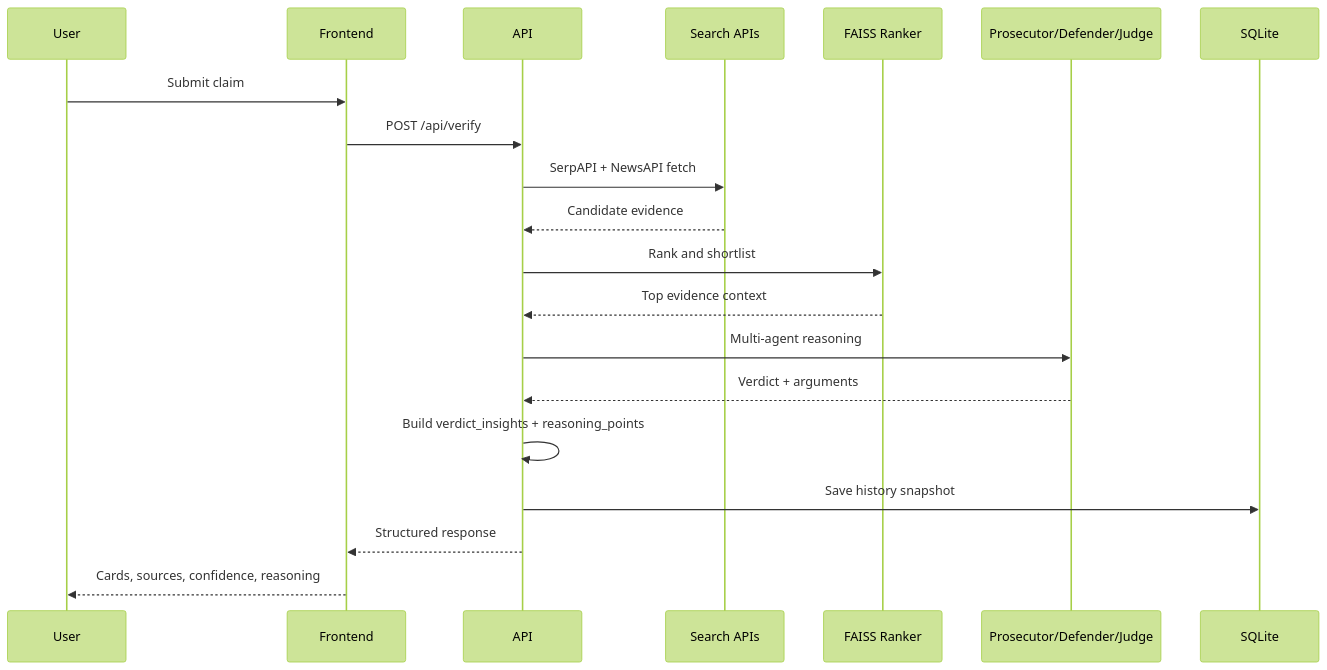
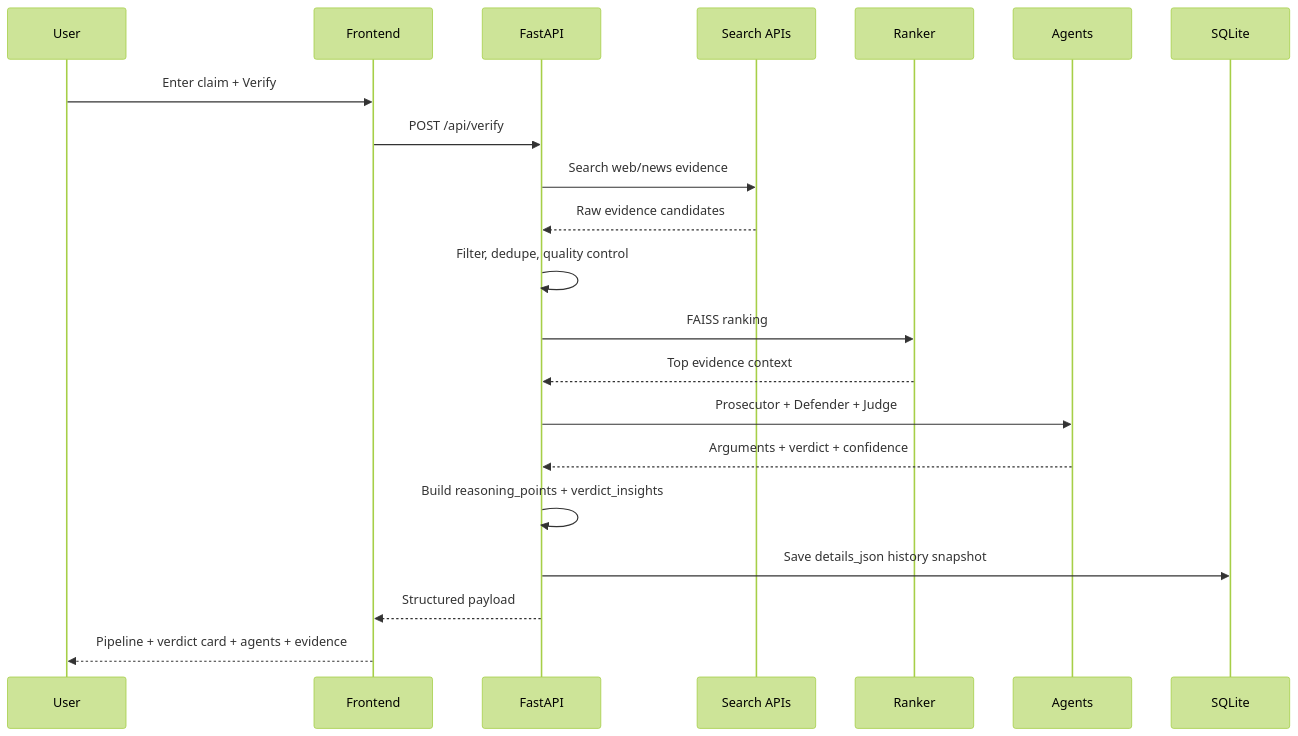
One commit to Sandarsh18/VeritasAI changed the second of 3 diagrams in README.md. Above: the diagram before and after it, drawn with Mermaid (forest theme). The commit also changed other lines of this file, not shown here.

Commit message:
Expand README with richer tables, badges, emojis, and colorful diagrams

````diff
--- a/README.md
+++ b/README.md
@@ -90,23 +136,24 @@
 ```mermaid
 sequenceDiagram
-    participant User
-    participant Frontend
-    participant API
-    participant Search as Search APIs
-    participant Ranker as FAISS Ranker
-    participant Agents as Prosecutor/Defender/Judge
+    participant U as User
+    participant FE as Frontend
+    participant API as FastAPI
+    participant SR as Search APIs
+    participant RK as Ranker
+    participant AG as Agents
     participant DB as SQLite
 
-    User->>Frontend: Submit claim
-    Frontend->>API: POST /api/verify
-    API->>Search: SerpAPI + NewsAPI fetch
-    Search-->>API: Candidate evidence
-    API->>Ranker: Rank and shortlist
-    Ranker-->>API: Top evidence context
-    API->>Agents: Multi-agent reasoning
-    Agents-->>API: Verdict + arguments
-    API->>API: Build verdict_insights + reasoning_points
-    API->>DB: Save history snapshot
-    API-->>Frontend: Structured response
-    Frontend-->>User: Cards, sources, confidence, reasoning
+    U->>FE: Enter claim + Verify
+    FE->>API: POST /api/verify
+    API->>SR: Search web/news evidence
+    SR-->>API: Raw evidence candidates
+    API->>API: Filter, dedupe, quality control
+    API->>RK: FAISS ranking
+    RK-->>API: Top evidence context
+    API->>AG: Prosecutor + Defender + Judge
+    AG-->>API: Arguments + verdict + confidence
+    API->>API: Build reasoning_points + verdict_insights
+    API->>DB: Save details_json history snapshot
+    API-->>FE: Structured payload
+    FE-->>U: Pipeline + verdict card + agents + evidence
 ```
````
